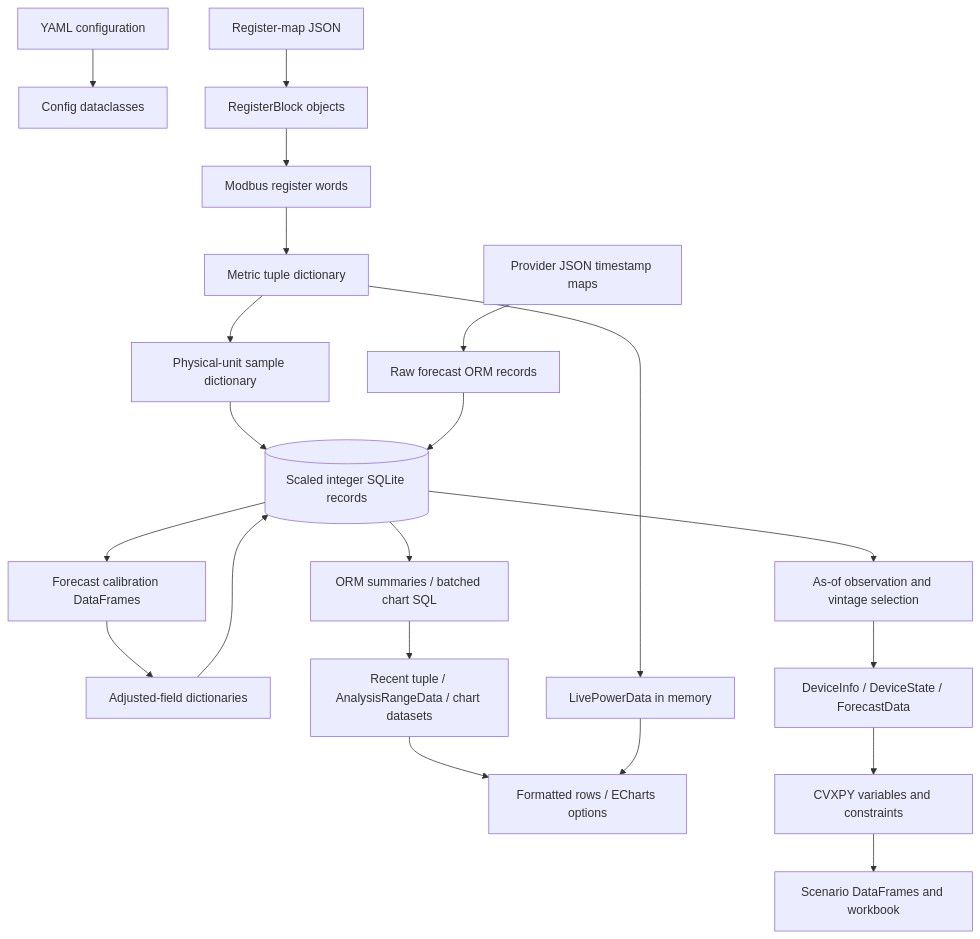
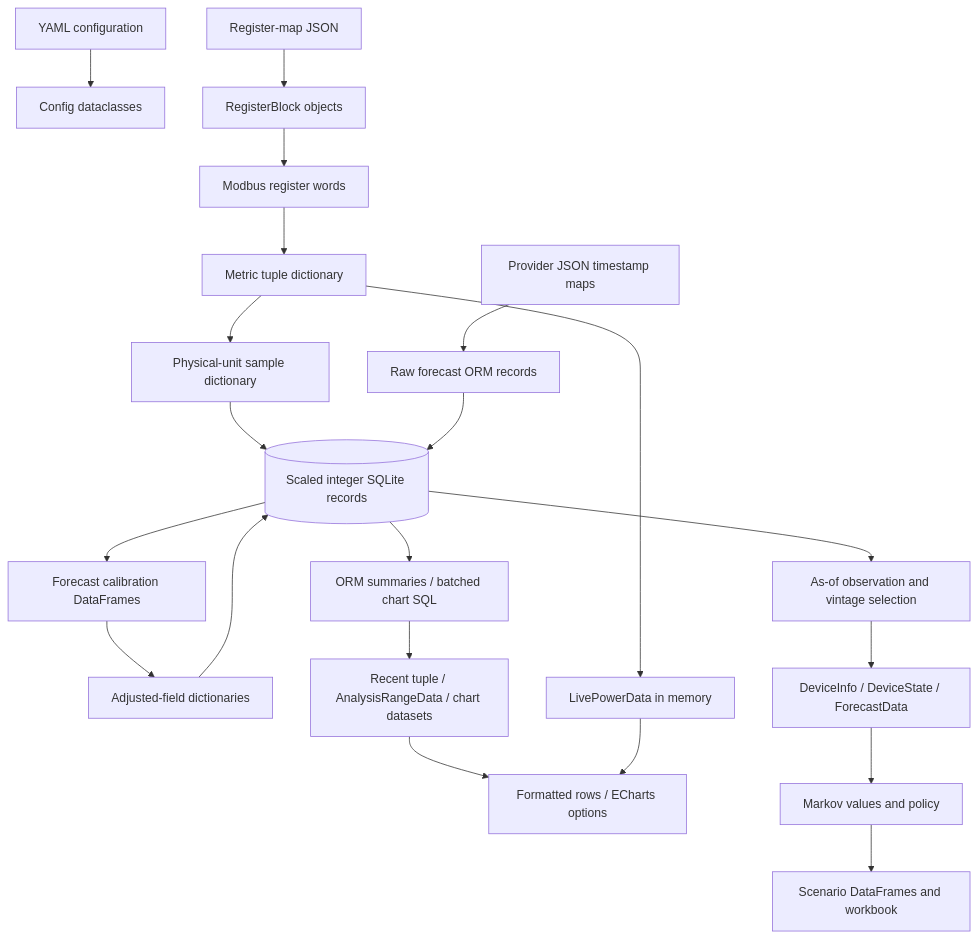
One commit to gleesonger/solar_model changed the diagram in documentation/implementation/index.md. Above: the diagram before and after it, drawn with Mermaid. The commit also changed 56 other files, not shown here.

````diff
--- a/documentation/implementation/index.md
+++ b/documentation/implementation/index.md
@@ -24,23 +24,23 @@
 ```mermaid
 flowchart TD
     YAML[YAML configuration] --> Config[Config dataclasses]
     Maps[Register-map JSON] --> Blocks[RegisterBlock objects]
     Blocks --> Words[Modbus register words]
     Words --> Readings[Metric tuple dictionary]
     Readings --> Derived[Physical-unit sample dictionary]
     Derived --> DB[(Scaled integer SQLite records)]
     API[Provider JSON timestamp maps] --> Raw[Raw forecast ORM records]
     Raw --> DB
     DB --> Frames[Forecast calibration DataFrames]
     Frames --> Updates[Adjusted-field dictionaries]
     Updates --> DB
     DB --> Query[ORM summaries / batched chart SQL]
     Query --> Dashboard[Recent tuple / AnalysisRangeData / chart datasets]
     Dashboard --> UI[Formatted rows / ECharts options]
     Readings --> Live[LivePowerData in memory]
     Live --> UI
     DB --> Cutoff[As-of observation and vintage selection]
     Cutoff --> Intervals[DeviceInfo / DeviceState / ForecastData]
-    Intervals --> Solver[CVXPY variables and constraints]
+    Intervals --> Solver[Markov values and policy]
     Solver --> Workbook[Scenario DataFrames and workbook]
 ```
````
